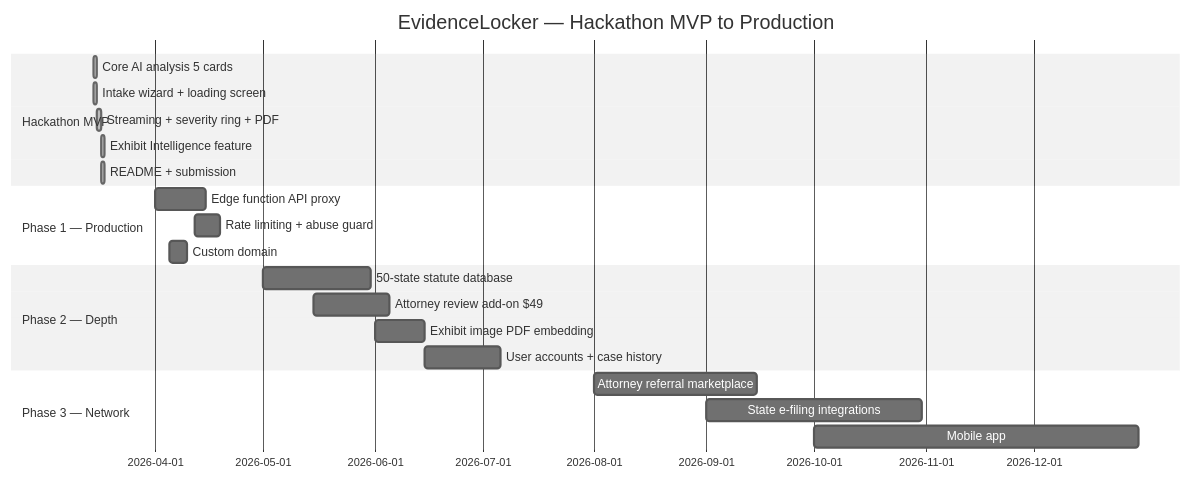
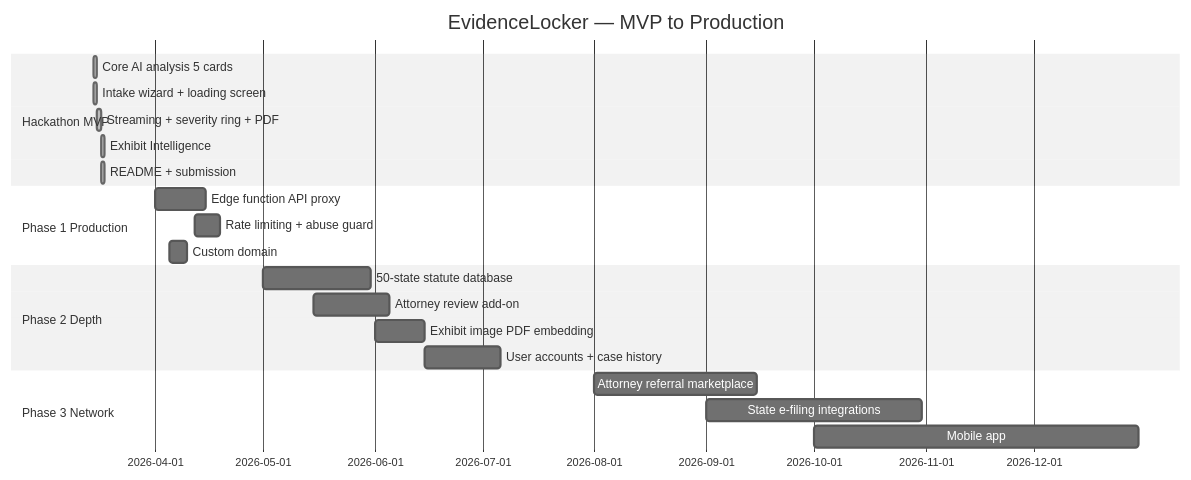
Before and after one commit to Iceman-Dann/Evidence-Locker: diagram 11 of 11 in README.md, drawn with Mermaid (neutral theme). The commit also changed other lines of this file, not shown here.

````diff
--- a/README.md
+++ b/README.md
@@ -594,28 +570,28 @@
 ```mermaid
 gantt
-    title EvidenceLocker — Hackathon MVP to Production
+    title EvidenceLocker — MVP to Production
     dateFormat YYYY-MM-DD
 
     section Hackathon MVP
         Core AI analysis 5 cards       :done, 2026-03-15, 1d
         Intake wizard + loading screen  :done, 2026-03-15, 1d
         Streaming + severity ring + PDF :done, 2026-03-16, 1d
-        Exhibit Intelligence feature    :done, 2026-03-17, 1d
+        Exhibit Intelligence            :done, 2026-03-17, 1d
         README + submission             :done, 2026-03-17, 1d
 
-    section Phase 1 — Production
+    section Phase 1 Production
         Edge function API proxy         :2026-04-01, 14d
         Rate limiting + abuse guard     :2026-04-12, 7d
         Custom domain                   :2026-04-05, 5d
 
-    section Phase 2 — Depth
+    section Phase 2 Depth
         50-state statute database       :2026-05-01, 30d
-        Attorney review add-on $49      :2026-05-15, 21d
+        Attorney review add-on          :2026-05-15, 21d
         Exhibit image PDF embedding     :2026-06-01, 14d
         User accounts + case history    :2026-06-15, 21d
 
-    section Phase 3 — Network
+    section Phase 3 Network
         Attorney referral marketplace   :2026-08-01, 45d
         State e-filing integrations     :2026-09-01, 60d
         Mobile app                      :2026-10-01, 90d
 ```
````
